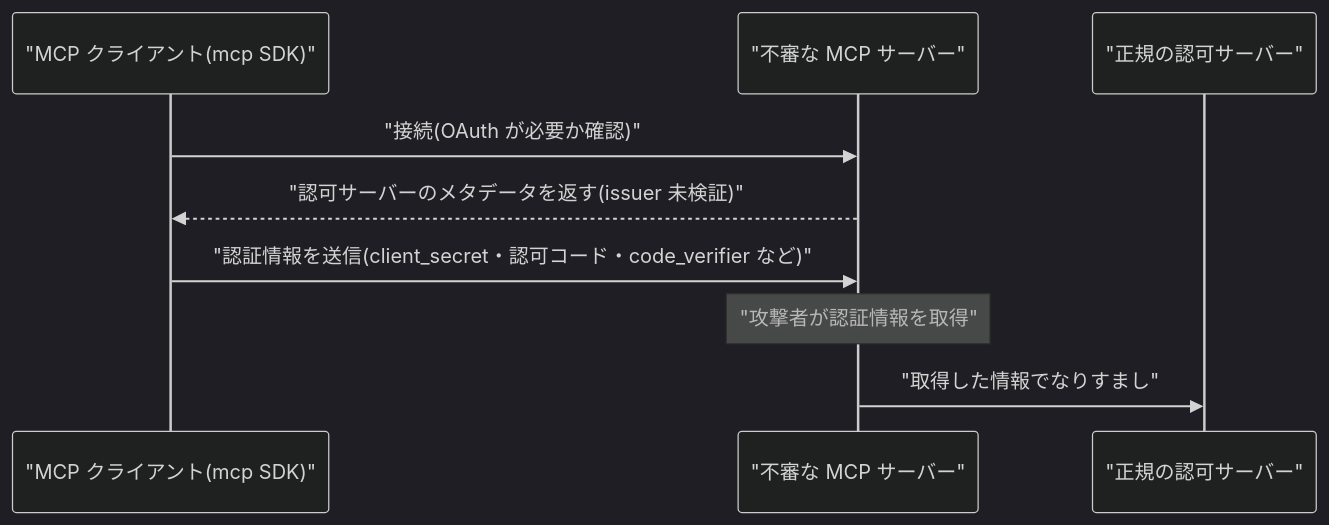
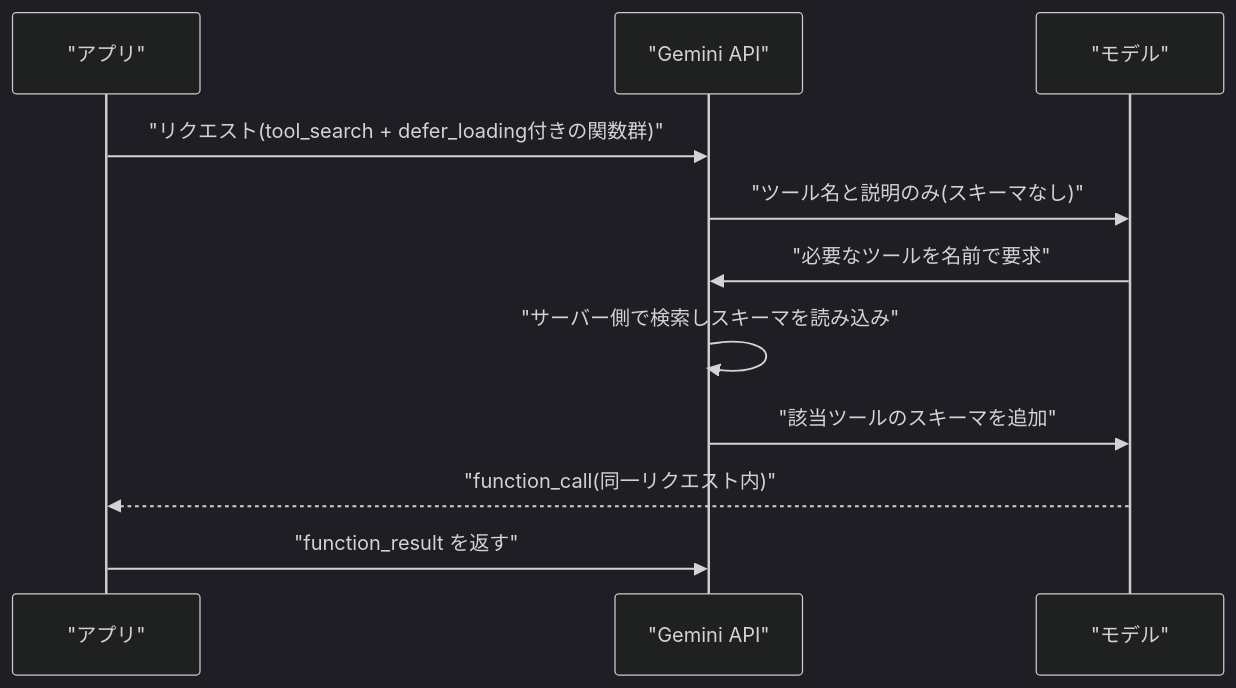
The second of 2 diagrams in daily/2026/11/2026-11-22.md (NaoyaKinoshita/llm-agent-digest), drawn with Mermaid (dark theme) before and after one commit. The commit also changed other lines of this file, not shown here.

````diff
--- a/daily/2026/11/2026-11-22.md
+++ b/daily/2026/11/2026-11-22.md
@@ -86,11 +110,13 @@
 ```mermaid
 sequenceDiagram
-    participant C as "MCP クライアント(mcp SDK)"
-    participant M as "不審な MCP サーバー"
-    participant A as "正規の認可サーバー"
-    C->>M: "接続(OAuth が必要か確認)"
-    M-->>C: "認可サーバーのメタデータを返す(issuer 未検証)"
-    C->>M: "認証情報を送信(client_secret・認可コード・code_verifier など)"
-    Note over M: "攻撃者が認証情報を取得"
-    M->>A: "取得した情報でなりすまし"
+    participant A as "アプリ"
+    participant G as "Gemini API"
+    participant M as "モデル"
+    A->>G: "リクエスト(tool_search + defer_loading付きの関数群)"
+    G->>M: "ツール名と説明のみ(スキーマなし)"
+    M->>G: "必要なツールを名前で要求"
+    G->>G: "サーバー側で検索しスキーマを読み込み"
+    G->>M: "該当ツールのスキーマを追加"
+    M-->>A: "function_call(同一リクエスト内)"
+    A->>G: "function_result を返す"
 ```
````
